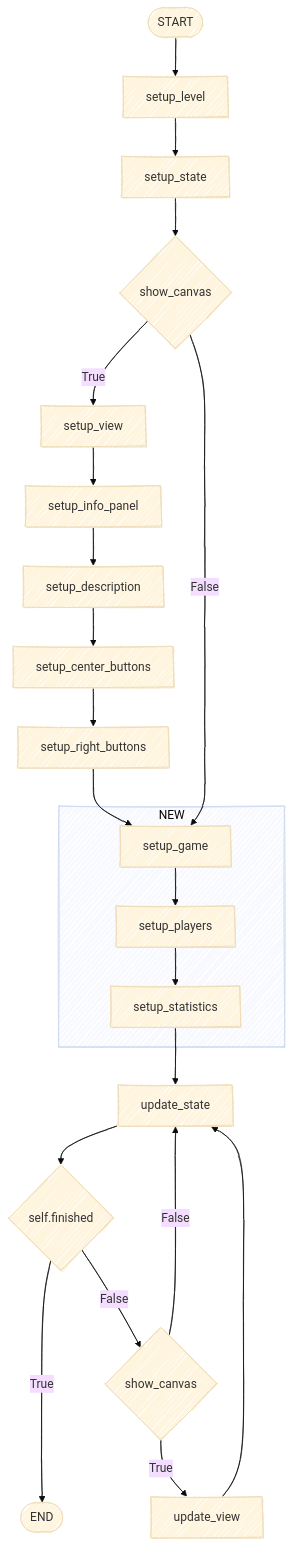
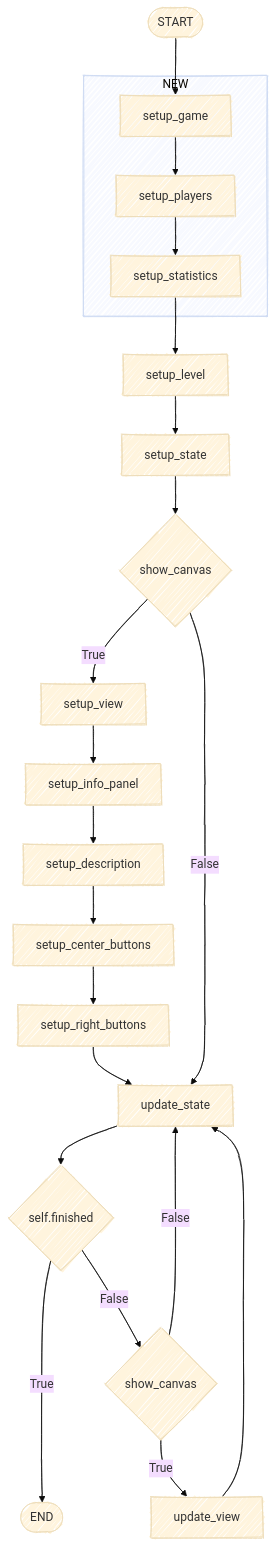
The third of 3 diagrams in docs/create_an_exercise/Skeletons.md (future-skill/future-skill.github.io), drawn with Mermaid (base theme) before and after one commit.

Commit message:
GamChallenge's flow chart was wrong, fixed now

````diff
--- a/docs/create_an_exercise/Skeletons.md
+++ b/docs/create_an_exercise/Skeletons.md
@@ -610,28 +610,28 @@
     ``` mermaid
     ---
     config:
         look: handDrawn
     ---
     graph TB
-        START([START]) --> A[setup_level];
+        START([START]) --> GA[setup_game];
+        subgraph NEW
+        GA --> GB[setup_players];
+        GB --> GC[setup_statistics];
+        end
+        GC --> A[setup_level];
         A --> B[setup_state];
         B --> IF_1{show_canvas};
         IF_1 --> |True| C[setup_view];
         C --> SA[setup_info_panel];
         SA --> SB[setup_description];
         SB --> SC[setup_center_buttons];
         SC --> SD[setup_right_buttons];
-        SD -->  GA[setup_game];
-        IF_1 --> |False| GA;
-        subgraph NEW
-        GA --> GB[setup_players];
-        GB --> GC[setup_statistics];
-        end
-        GC --> D[update_state];
+        SD --> D[update_state];
+        IF_1 --> |False| D;
         D --> IF_2{self.finished};
         IF_2 ---> |True| END([END]);
         IF_2 --> |False| IF_3{show_canvas};
         IF_3 --> |True| E[update_view];
         E --> D;
         IF_3 --> |False| D;
     ```
````
